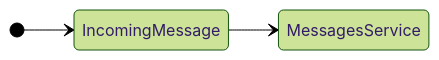
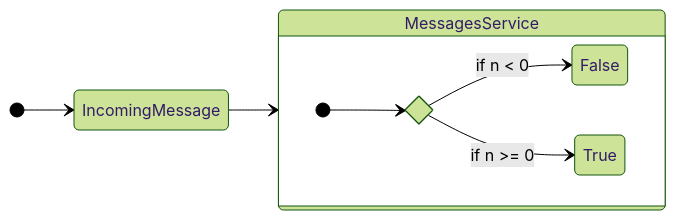
One commit to jbrunton/chat-demo changed the diagram in services/api/architecture.md. Above: the diagram before and after it, drawn with Mermaid (forest theme).

````diff
--- a/services/api/architecture.md
+++ b/services/api/architecture.md
@@ -28,6 +28,13 @@
 ```mermaid
 stateDiagram
     direction LR
     [*] --> IncomingMessage
     IncomingMessage --> MessagesService
+    state MessagesService {
+      direction LR
+      state if_state <<choice>>
+      [*] --> if_state
+      if_state --> False: if n < 0
+      if_state --> True : if n >= 0
+    }
 ```
````
